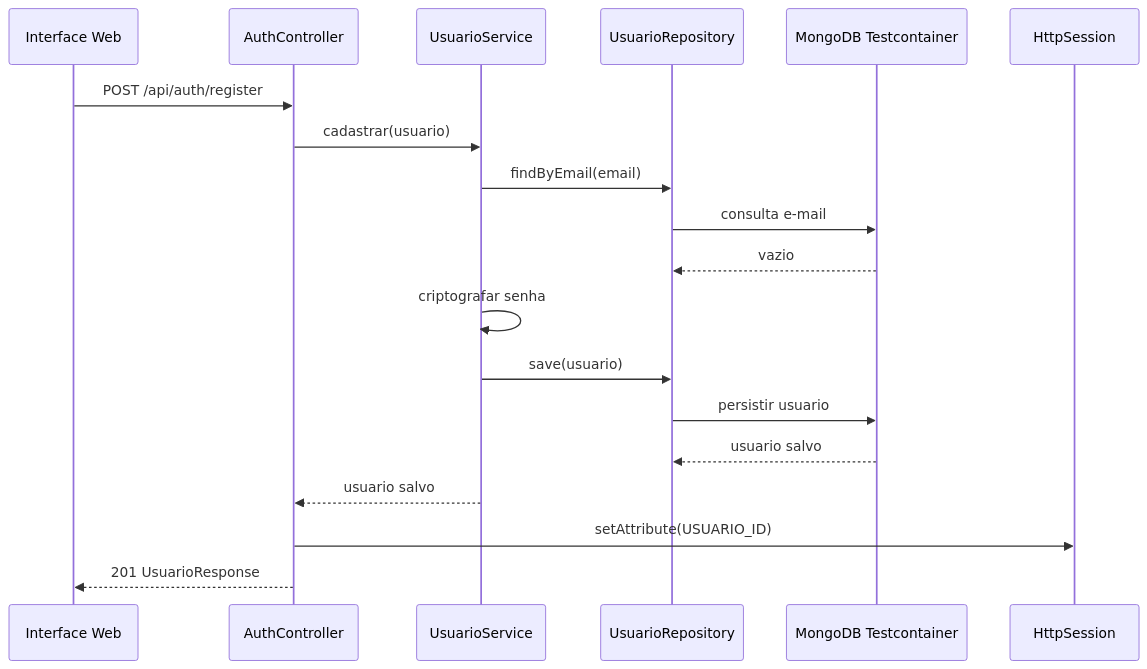
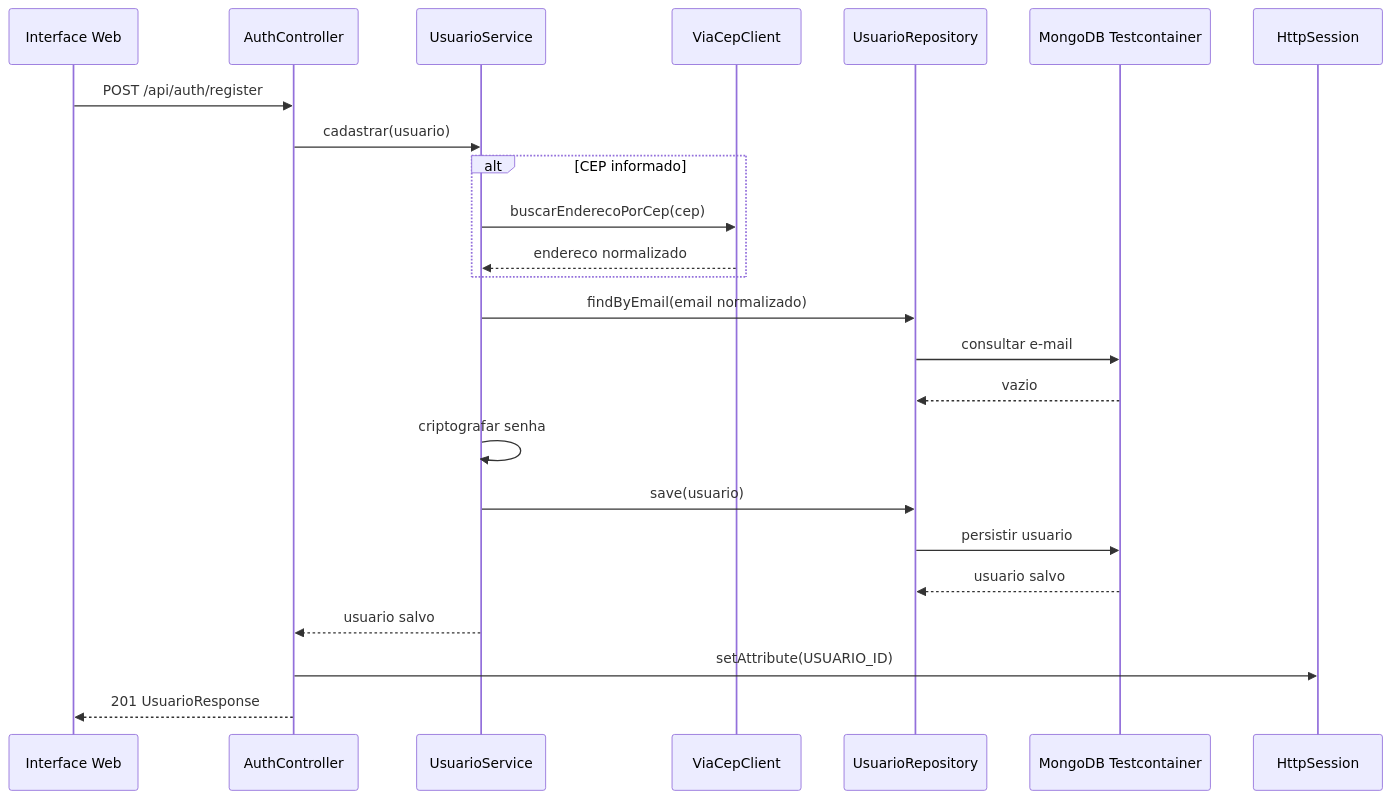
Before and after one commit to rafalima1907/gerenciador_bibliotecas: the first of 12 diagrams in RTM.md, drawn with Mermaid. The commit also changed other lines of this file and 3 other files, not shown here.

````diff
--- a/RTM.md
+++ b/RTM.md
@@ -39,22 +55,27 @@
 ```mermaid
 sequenceDiagram
     participant UI as Interface Web
     participant A as AuthController
     participant S as UsuarioService
+    participant V as ViaCepClient
     participant R as UsuarioRepository
     participant DB as MongoDB Testcontainer
     participant H as HttpSession
 
     UI->>A: POST /api/auth/register
     A->>S: cadastrar(usuario)
-    S->>R: findByEmail(email)
-    R->>DB: consulta e-mail
+    alt CEP informado
+        S->>V: buscarEnderecoPorCep(cep)
+        V-->>S: endereco normalizado
+    end
+    S->>R: findByEmail(email normalizado)
+    R->>DB: consultar e-mail
     DB-->>R: vazio
     S->>S: criptografar senha
     S->>R: save(usuario)
     R->>DB: persistir usuario
     DB-->>R: usuario salvo
     S-->>A: usuario salvo
     A->>H: setAttribute(USUARIO_ID)
     A-->>UI: 201 UsuarioResponse
 ```
````
